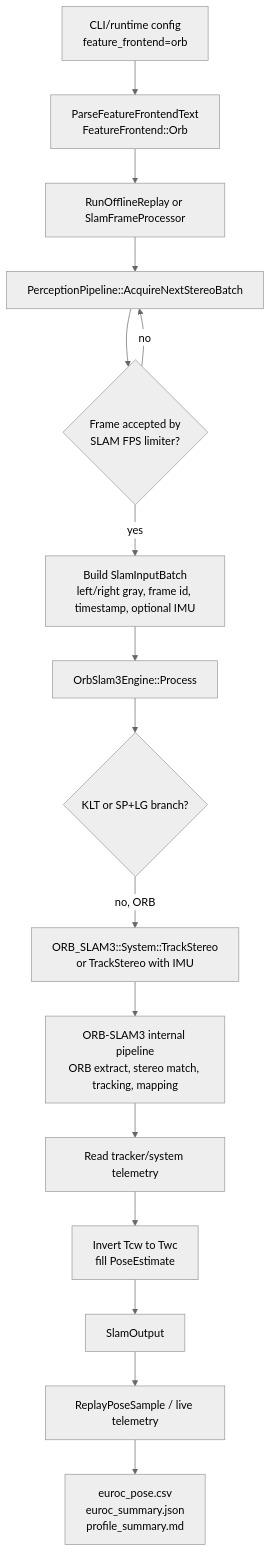
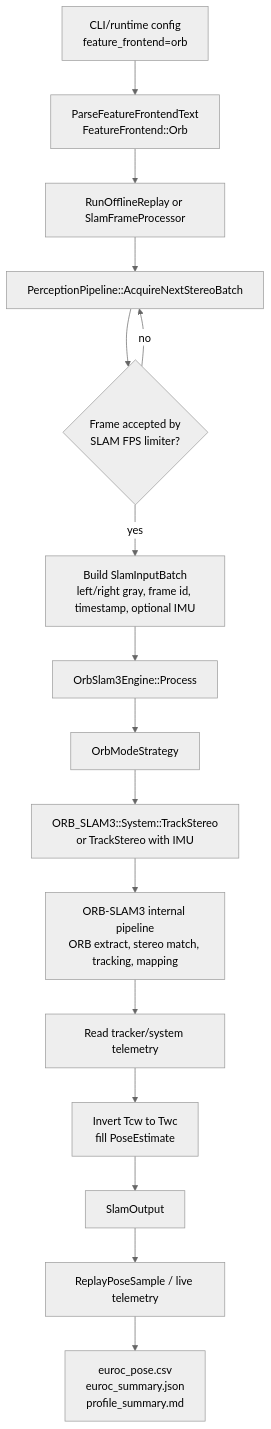
The first of 4 diagrams in docs/orb_mode_flow.md (litingzhang/SmartDrone), drawn with Mermaid (neutral theme) before and after one commit. The commit also changed other lines of this file and 33 other files, not shown here.

Commit message:
Refactor SLAM mode strategies and docs

````diff
--- a/docs/orb_mode_flow.md
+++ b/docs/orb_mode_flow.md
@@ -9,18 +9,18 @@
 ```mermaid
 flowchart TD
     A[CLI/runtime config<br/>feature_frontend=orb] --> B[ParseFeatureFrontendText<br/>FeatureFrontend::Orb]
     B --> C[RunOfflineReplay or SlamFrameProcessor]
     C --> D[PerceptionPipeline::AcquireNextStereoBatch]
     D --> E{Frame accepted by<br/>SLAM FPS limiter?}
     E -- no --> D
     E -- yes --> F[Build SlamInputBatch<br/>left/right gray, frame id, timestamp, optional IMU]
     F --> G[OrbSlam3Engine::Process]
-    G --> H{KLT or SP+LG branch?}
-    H -- no, ORB --> I[ORB_SLAM3::System::TrackStereo<br/>or TrackStereo with IMU]
+    G --> H[OrbModeStrategy]
+    H --> I[ORB_SLAM3::System::TrackStereo<br/>or TrackStereo with IMU]
     I --> J[ORB-SLAM3 internal pipeline<br/>ORB extract, stereo match, tracking, mapping]
     J --> K[Read tracker/system telemetry]
     K --> L[Invert Tcw to Twc<br/>fill PoseEstimate]
     L --> M[SlamOutput]
     M --> N[ReplayPoseSample / live telemetry]
     N --> O[euroc_pose.csv<br/>euroc_summary.json<br/>profile_summary.md]
 ```
````
